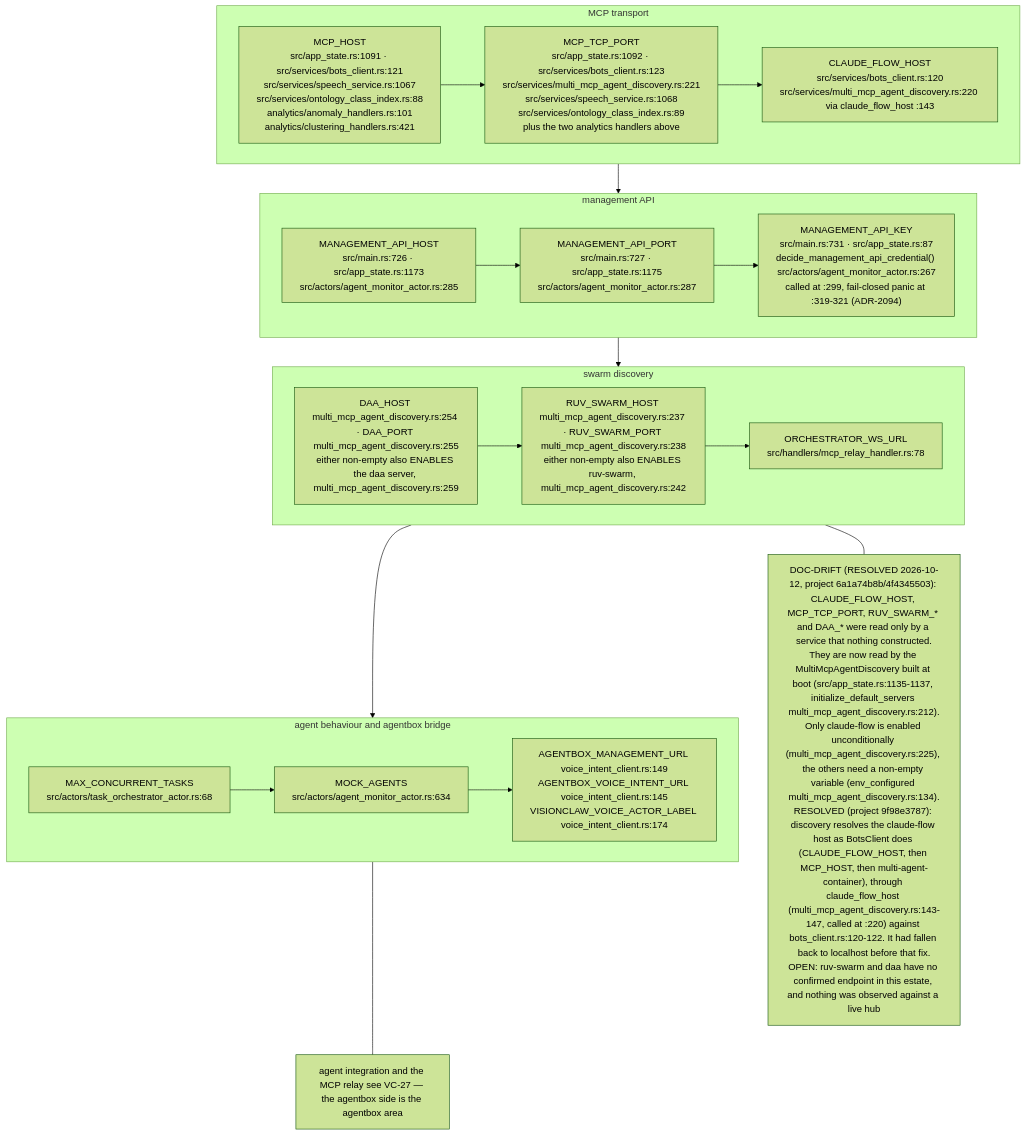
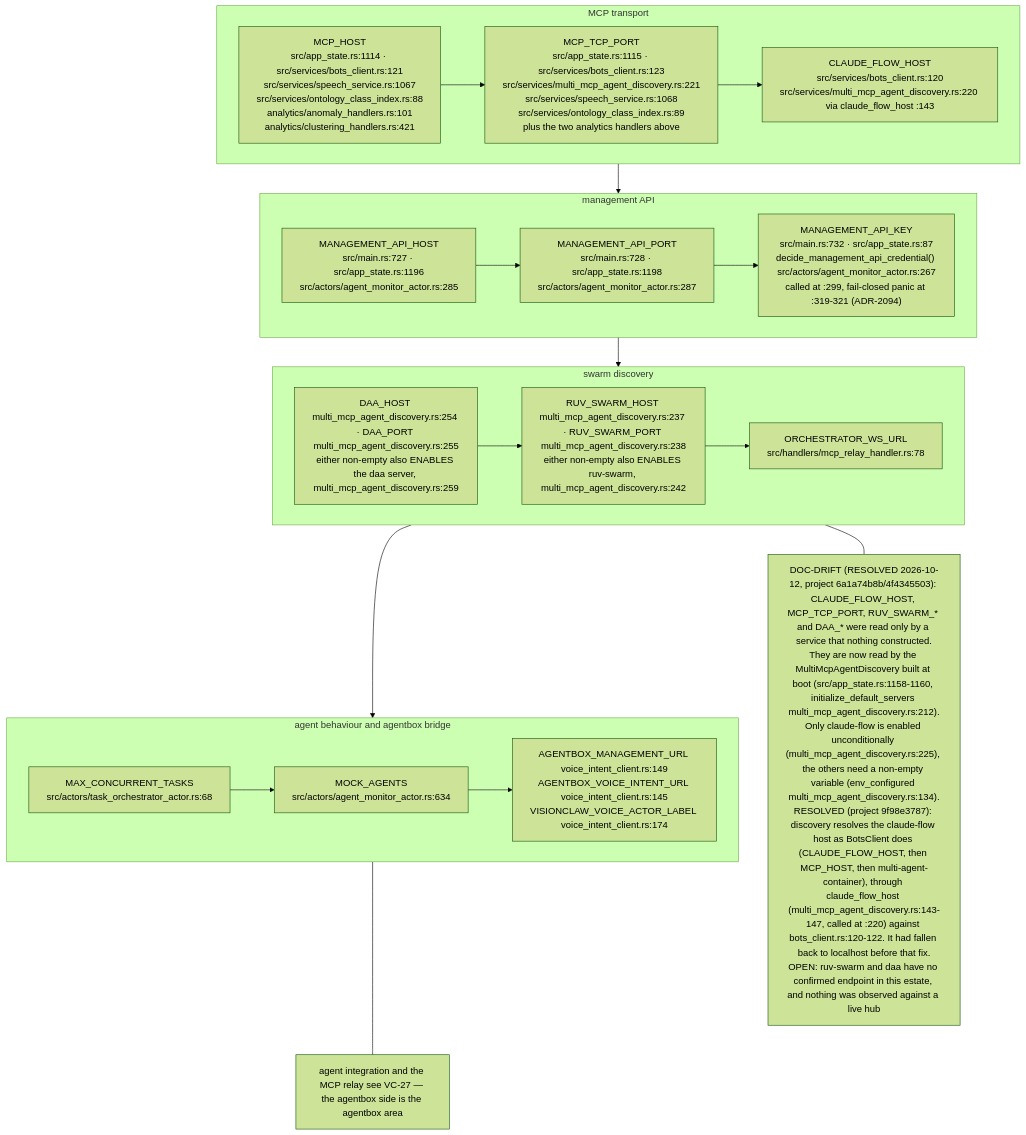
Diagram 12 of 16 in docs/diagrams/visionclaw/09-config-and-env-flags.md (DreamLab-AI/VisionFlow), drawn with Mermaid (forest theme) before and after one commit. The commit also changed other lines of this file and 49 other files, not shown here.

First line of the commit message:
docs(diagrams): re-derive and re-stamp VisionClaw, estate, knowledge-graph, visionGraph, VisionFlow and sidestr topics

````diff
--- a/docs/diagrams/visionclaw/09-config-and-env-flags.md
+++ b/docs/diagrams/visionclaw/09-config-and-env-flags.md
@@ -493,20 +493,20 @@
 ```mermaid
 flowchart TB
     subgraph MCP["MCP transport"]
-        M1["MCP_HOST<br/>src/app_state.rs:1091 · src/services/bots_client.rs:121<br/>src/services/speech_service.rs:1067<br/>src/services/ontology_class_index.rs:88<br/>analytics/anomaly_handlers.rs:101<br/>analytics/clustering_handlers.rs:421"] --> M2["MCP_TCP_PORT<br/>src/app_state.rs:1092 · src/services/bots_client.rs:123<br/>src/services/multi_mcp_agent_discovery.rs:221<br/>src/services/speech_service.rs:1068<br/>src/services/ontology_class_index.rs:89<br/>plus the two analytics handlers above"] --> M3["CLAUDE_FLOW_HOST<br/>src/services/bots_client.rs:120<br/>src/services/multi_mcp_agent_discovery.rs:220 via claude_flow_host :143"]
+        M1["MCP_HOST<br/>src/app_state.rs:1114 · src/services/bots_client.rs:121<br/>src/services/speech_service.rs:1067<br/>src/services/ontology_class_index.rs:88<br/>analytics/anomaly_handlers.rs:101<br/>analytics/clustering_handlers.rs:421"] --> M2["MCP_TCP_PORT<br/>src/app_state.rs:1115 · src/services/bots_client.rs:123<br/>src/services/multi_mcp_agent_discovery.rs:221<br/>src/services/speech_service.rs:1068<br/>src/services/ontology_class_index.rs:89<br/>plus the two analytics handlers above"] --> M3["CLAUDE_FLOW_HOST<br/>src/services/bots_client.rs:120<br/>src/services/multi_mcp_agent_discovery.rs:220 via claude_flow_host :143"]
     end
     subgraph MGMT["management API"]
-        G1["MANAGEMENT_API_HOST<br/>src/main.rs:726 · src/app_state.rs:1173<br/>src/actors/agent_monitor_actor.rs:285"] --> G2["MANAGEMENT_API_PORT<br/>src/main.rs:727 · src/app_state.rs:1175<br/>src/actors/agent_monitor_actor.rs:287"] --> G3["MANAGEMENT_API_KEY<br/>src/main.rs:731 · src/app_state.rs:87<br/>decide_management_api_credential() src/actors/agent_monitor_actor.rs:267<br/>called at :299, fail-closed panic at :319-321 (ADR-2094)"]
+        G1["MANAGEMENT_API_HOST<br/>src/main.rs:727 · src/app_state.rs:1196<br/>src/actors/agent_monitor_actor.rs:285"] --> G2["MANAGEMENT_API_PORT<br/>src/main.rs:728 · src/app_state.rs:1198<br/>src/actors/agent_monitor_actor.rs:287"] --> G3["MANAGEMENT_API_KEY<br/>src/main.rs:732 · src/app_state.rs:87<br/>decide_management_api_credential() src/actors/agent_monitor_actor.rs:267<br/>called at :299, fail-closed panic at :319-321 (ADR-2094)"]
     end
     subgraph DISC["swarm discovery"]
         D1["DAA_HOST multi_mcp_agent_discovery.rs:254 · DAA_PORT multi_mcp_agent_discovery.rs:255<br/>either non-empty also ENABLES the daa server, multi_mcp_agent_discovery.rs:259"] --> D2["RUV_SWARM_HOST multi_mcp_agent_discovery.rs:237 · RUV_SWARM_PORT multi_mcp_agent_discovery.rs:238<br/>either non-empty also ENABLES ruv-swarm, multi_mcp_agent_discovery.rs:242"] --> D3["ORCHESTRATOR_WS_URL<br/>src/handlers/mcp_relay_handler.rs:78"]
     end
     subgraph AGENTS["agent behaviour and agentbox bridge"]
         A1["MAX_CONCURRENT_TASKS<br/>src/actors/task_orchestrator_actor.rs:68"] --> A2["MOCK_AGENTS<br/>src/actors/agent_monitor_actor.rs:634"] --> A3["AGENTBOX_MANAGEMENT_URL voice_intent_client.rs:149<br/>AGENTBOX_VOICE_INTENT_URL voice_intent_client.rs:145<br/>VISIONCLAW_VOICE_ACTOR_LABEL voice_intent_client.rs:174"]
     end
     MCP --> MGMT --> DISC --> AGENTS
-    NR["DOC-DRIFT (RESOLVED 2026-10-12, project 6a1a74b8b/4f4345503): CLAUDE_FLOW_HOST, MCP_TCP_PORT, RUV_SWARM_* and DAA_* were read only by a service that nothing constructed.<br/>They are now read by the MultiMcpAgentDiscovery built at boot (src/app_state.rs:1135-1137, initialize_default_servers multi_mcp_agent_discovery.rs:212).<br/>Only claude-flow is enabled unconditionally (multi_mcp_agent_discovery.rs:225), the others need a non-empty variable (env_configured multi_mcp_agent_discovery.rs:134).<br/>RESOLVED (project 9f98e3787): discovery resolves the claude-flow host as BotsClient does (CLAUDE_FLOW_HOST, then MCP_HOST, then multi-agent-container), through claude_flow_host (multi_mcp_agent_discovery.rs:143-147, called at :220) against bots_client.rs:120-122. It had fallen back to localhost before that fix.<br/>OPEN: ruv-swarm and daa have no confirmed endpoint in this estate, and nothing was observed against a live hub"]
+    NR["DOC-DRIFT (RESOLVED 2026-10-12, project 6a1a74b8b/4f4345503): CLAUDE_FLOW_HOST, MCP_TCP_PORT, RUV_SWARM_* and DAA_* were read only by a service that nothing constructed.<br/>They are now read by the MultiMcpAgentDiscovery built at boot (src/app_state.rs:1158-1160, initialize_default_servers multi_mcp_agent_discovery.rs:212).<br/>Only claude-flow is enabled unconditionally (multi_mcp_agent_discovery.rs:225), the others need a non-empty variable (env_configured multi_mcp_agent_discovery.rs:134).<br/>RESOLVED (project 9f98e3787): discovery resolves the claude-flow host as BotsClient does (CLAUDE_FLOW_HOST, then MCP_HOST, then multi-agent-container), through claude_flow_host (multi_mcp_agent_discovery.rs:143-147, called at :220) against bots_client.rs:120-122. It had fallen back to localhost before that fix.<br/>OPEN: ruv-swarm and daa have no confirmed endpoint in this estate, and nothing was observed against a live hub"]
     DISC --- NR
     N["agent integration and the MCP relay see VC-27 — the agentbox side is the agentbox area"]
     AGENTS --- N
 ```
````
